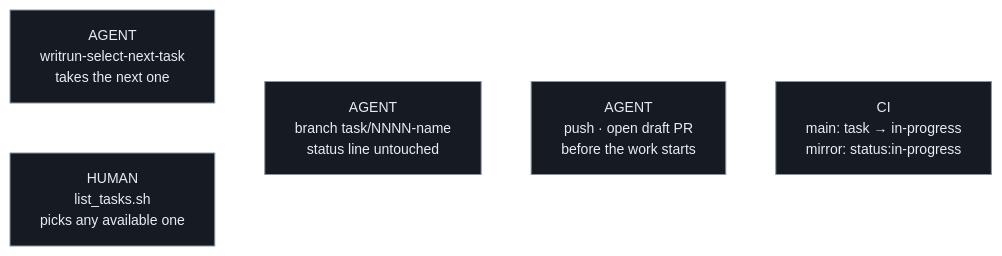
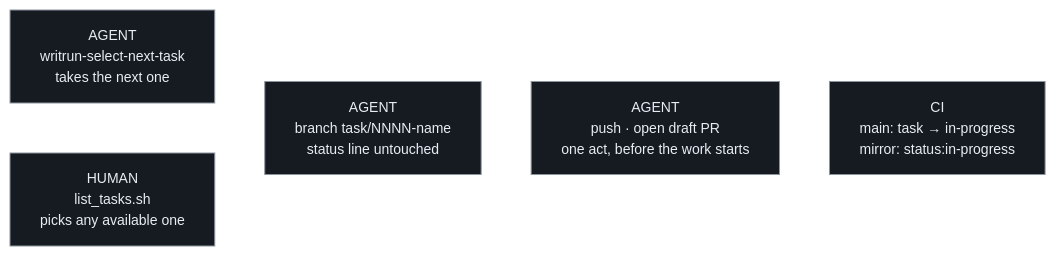
One commit to thomasfranke/writrun changed the diagram in docs/product/stage-2-pull-requests/taking.md. Above: the diagram before and after it, drawn with Mermaid. The commit also changed other lines of this file and 47 other files, not shown here.

````diff
--- a/docs/product/stage-2-pull-requests/taking.md
+++ b/docs/product/stage-2-pull-requests/taking.md
@@ -35,12 +44,12 @@
 ```mermaid
 %%{init: {'theme':'base','themeVariables':{'background':'#0d1117','primaryColor':'#161b22','primaryTextColor':'#e6edf3','primaryBorderColor':'#8b949e','lineColor':'#ffffff','secondaryColor':'#161b22','tertiaryColor':'#161b22','fontSize':'14px'}}}%%
 flowchart LR
     A1["AGENT<br/>writrun-select-next-task<br/>takes the next one"]
     A2["HUMAN<br/>list_tasks.sh<br/>picks any available one"]
     B["AGENT<br/>branch task/NNNN-name<br/>status line untouched"]
-    C["AGENT<br/>push · open draft PR<br/>before the work starts"]
+    C["AGENT<br/>push · open draft PR<br/>one act, before the work starts"]
     D["CI<br/>main: task → in-progress<br/>mirror: status:in-progress"]
     A1 --> B
     A2 --> B
     B --> C --> D
 ```
````
